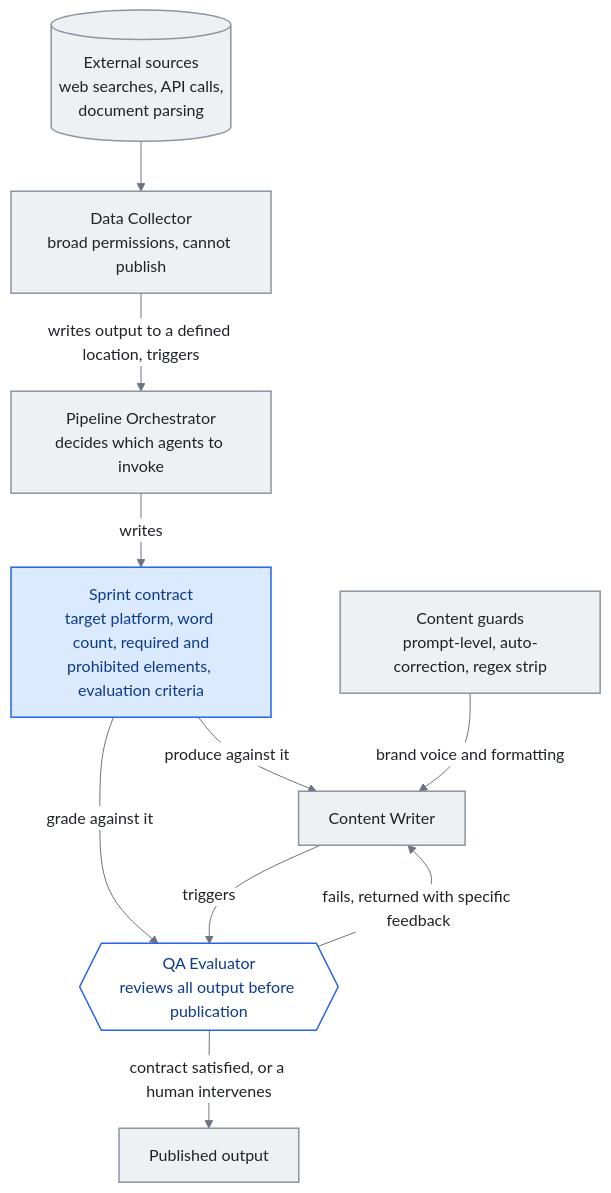
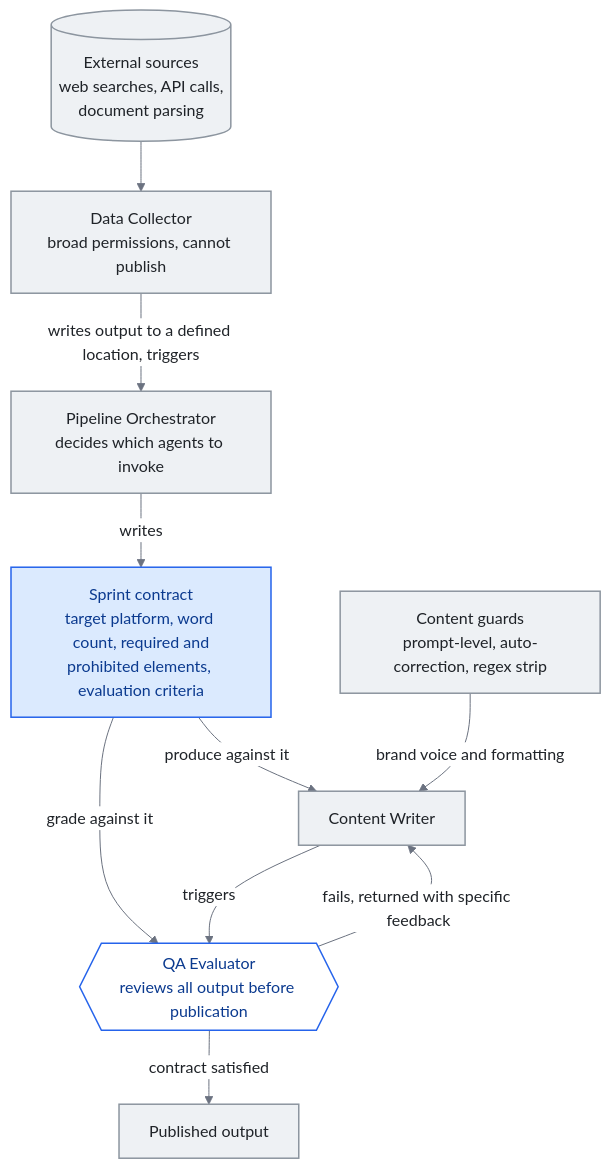
The diagram in chapters/10-case-study.md (kennethlaw325/awesome-llm-knowledge-systems), drawn with Mermaid before and after one commit. The commit also changed other lines of this file and 11 other files, not shown here.

First line of the commit message:
Visual roll-out: apply cross-family review (5 blocker, 8 major) and timeline palette

````diff
--- a/chapters/10-case-study.md
+++ b/chapters/10-case-study.md
@@ -11,21 +11,21 @@
 ```mermaid
 %%{init: {'theme':'base','themeVariables':{'primaryColor':'#eef1f4','primaryTextColor':'#1f2328','primaryBorderColor':'#8c959f','lineColor':'#6b7280','tertiaryColor':'#f6f8fa','clusterBkg':'#f9fafb','clusterBorder':'#8c959f','edgeLabelBackground':'#ffffff'}}}%%
 flowchart TB
     EXT[("External sources<br/>web searches, API calls,<br/>document parsing")]
     EXT --> COLLECT["Data Collector<br/>broad permissions, cannot publish"]
     COLLECT -->|writes output to a defined location, triggers| ORCH["Pipeline Orchestrator<br/>decides which agents to invoke"]
     ORCH -->|writes| CONTRACT["Sprint contract<br/>target platform, word count, required and<br/>prohibited elements, evaluation criteria"]
     CONTRACT -->|produce against it| WRITE["Content Writer"]
     CONTRACT -->|grade against it| QA
     GUARDS["Content guards<br/>prompt-level, auto-correction, regex strip"] -->|brand voice and formatting| WRITE
     WRITE -->|triggers| QA{{"QA Evaluator<br/>reviews all output before publication"}}
     QA -->|fails, returned with specific feedback| WRITE
-    QA -->|contract satisfied, or a human intervenes| PUB["Published output"]
+    QA -->|contract satisfied| PUB["Published output"]
     class EXT,COLLECT,ORCH,WRITE,GUARDS,PUB stable
     class CONTRACT accent
     class QA gate
 classDef stable fill:#eef1f4,stroke:#8c959f,stroke-width:1.5px,color:#1f2328
 classDef accent fill:#dbeafe,stroke:#2563eb,stroke-width:1.5px,color:#0b3a8f
 classDef muted fill:#f6f8fa,stroke:#adb5bd,stroke-width:1.5px,color:#57606a
 classDef gate fill:#ffffff,stroke:#2563eb,stroke-width:1.5px,color:#0b3a8f
 ```
````
